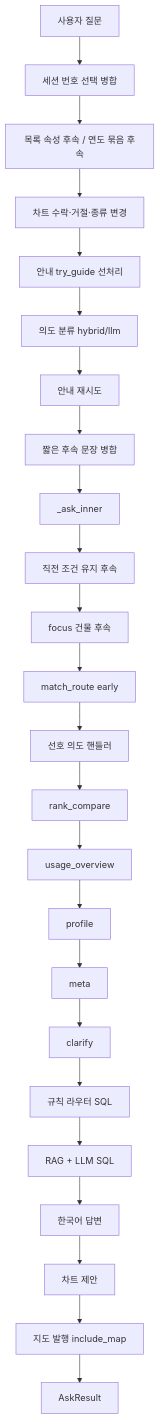
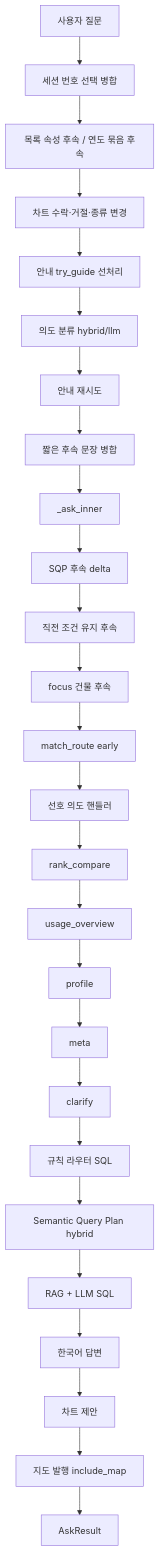
One commit to JeongwooPark/txt2sql changed the diagram in docs/작동방식_및_알고리즘.md. Above: the diagram before and after it, drawn with Mermaid. The commit also changed other lines of this file and 32 other files, not shown here.

Commit message:
Route compound GIS questions through SQP hybrid and refresh 0.2.2 docs.

````diff
--- a/docs/작동방식_및_알고리즘.md
+++ b/docs/작동방식_및_알고리즘.md
@@ -132,26 +132,28 @@
 ```mermaid
 flowchart TD
     Q[사용자 질문] --> R0[세션 번호 선택 병합]
     R0 --> L1[목록 속성 후속 / 연도 묶음 후속]
     L1 --> CH[차트 수락·거절·종류 변경]
     CH --> G0[안내 try_guide 선처리]
     G0 --> INT[의도 분류 hybrid/llm]
     INT --> G1[안내 재시도]
     G1 --> EXP[짧은 후속 문장 병합]
     EXP --> INNER[_ask_inner]
-    INNER --> SUB[직전 조건 유지 후속]
+    INNER --> SQPF[SQP 후속 delta]
+    SQPF --> SUB[직전 조건 유지 후속]
     SUB --> FU[focus 건물 후속]
     FU --> EARLY[match_route early]
     EARLY --> PREF[선호 의도 핸들러]
     PREF --> RC[rank_compare]
     RC --> UO[usage_overview]
     UO --> PR[profile]
     PR --> ME[meta]
     ME --> CL[clarify]
     CL --> RT[규칙 라우터 SQL]
-    RT --> RAG[RAG + LLM SQL]
+    RT --> SQP[Semantic Query Plan hybrid]
+    SQP --> RAG[RAG + LLM SQL]
     RAG --> ANS[한국어 답변]
     ANS --> CHT[차트 제안]
     CHT --> MAP[지도 발행 include_map]
     MAP --> OUT[AskResult]
 ```
````
